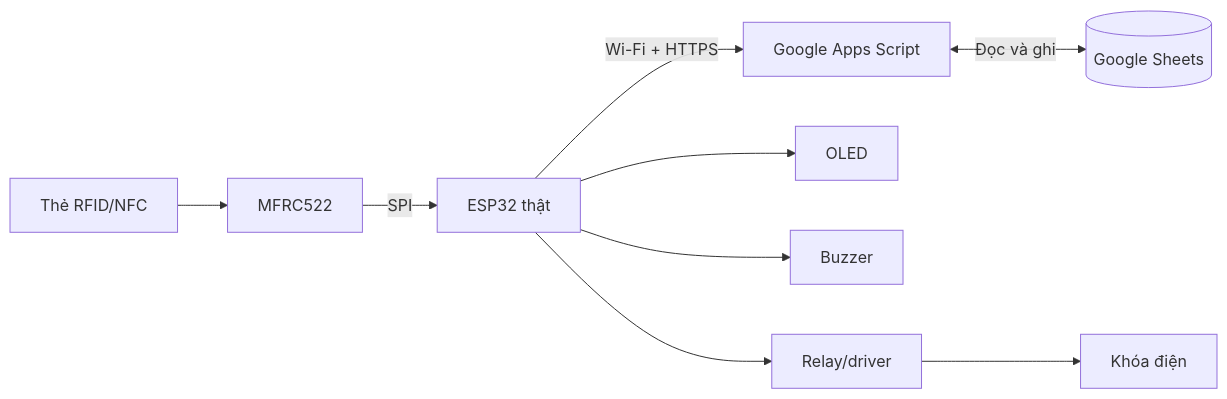
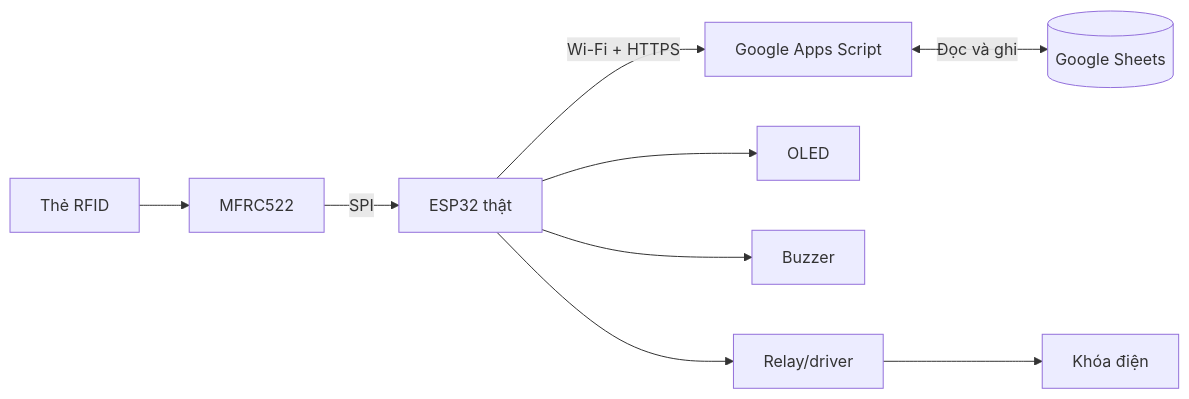
Before and after one commit to nguyen-mowftee2006/iot-tx2-project-ver1: the second of 15 diagrams in docs/TAI_LIEU_KY_THUAT_NEW.md, drawn with Mermaid. The commit also changed other lines of this file and 5 other files, not shown here.

Commit message:
Remove NFC terminology and rename empty card

````diff
--- a/docs/TAI_LIEU_KY_THUAT_NEW.md
+++ b/docs/TAI_LIEU_KY_THUAT_NEW.md
@@ -56,11 +56,11 @@
 ```mermaid
 flowchart LR
-    CARD[Thẻ RFID/NFC] --> RC522[MFRC522]
+    CARD[Thẻ RFID] --> RC522[MFRC522]
     RC522 -->|SPI| ESP[ESP32 thật]
     ESP -->|Wi-Fi + HTTPS| GAS[Google Apps Script]
     GAS <-->|Đọc và ghi| SHEETS[(Google Sheets)]
     ESP --> OLED[OLED]
     ESP --> BUZZER[Buzzer]
     ESP --> DRIVER[Relay/driver]
     DRIVER --> LOCK[Khóa điện]
 ```
````
